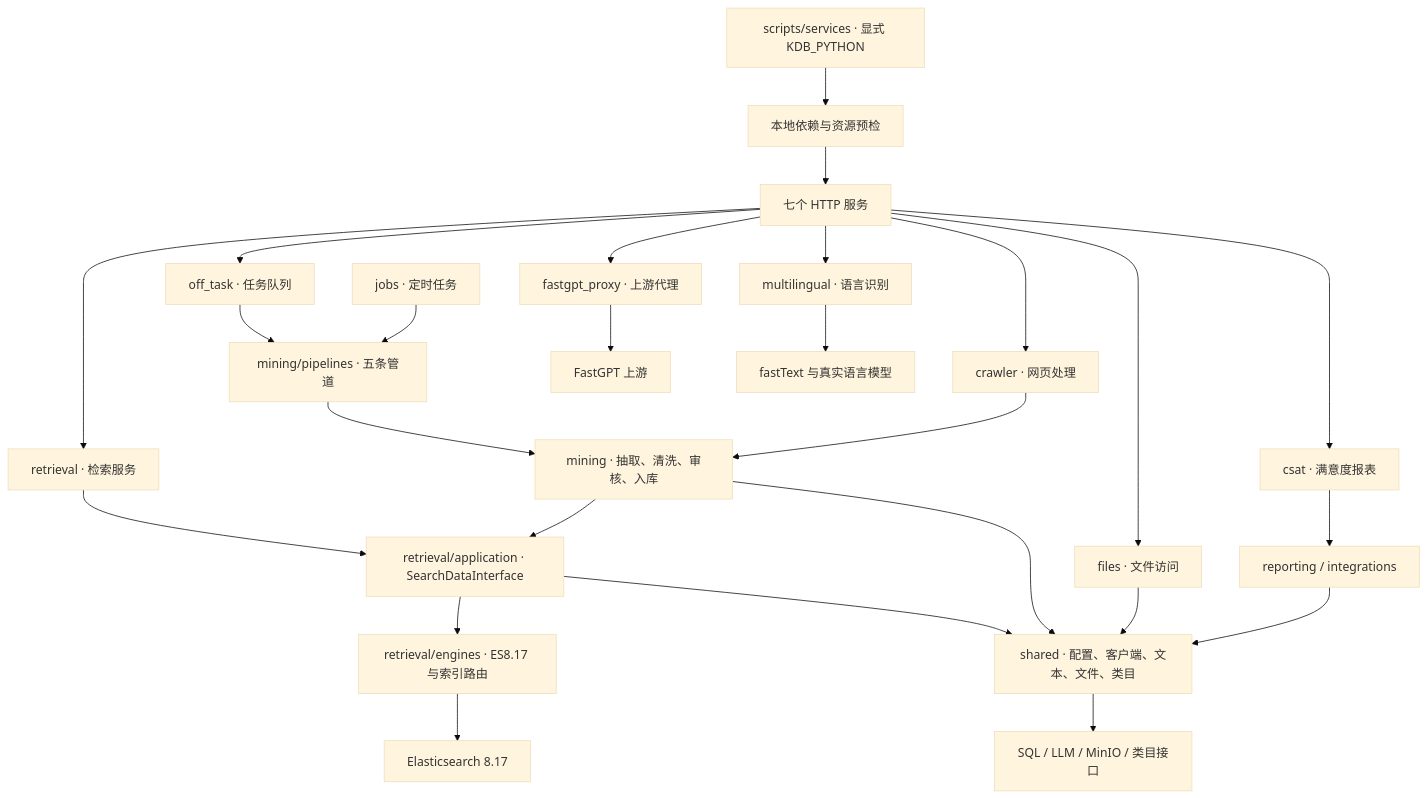
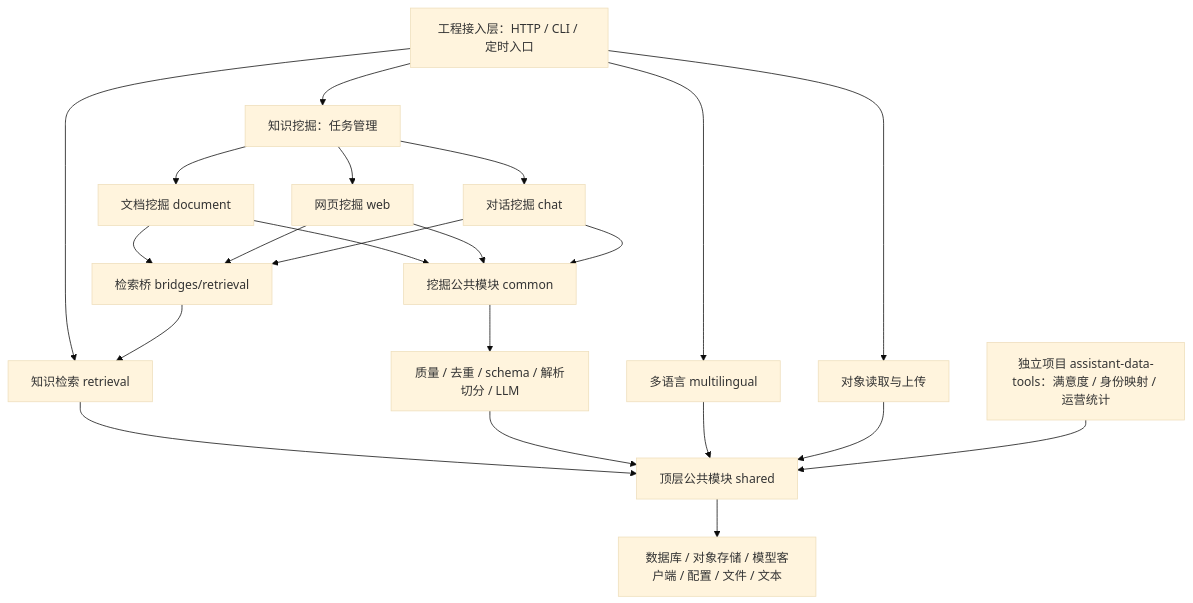
Before and after one commit to chenqishi/kdb-forge: the diagram in docs/Architecture_Overview_Diagram.md, drawn with Mermaid (base theme). The commit also changed other lines of this file and 1447 other files, not shown here.

````diff
--- a/docs/Architecture_Overview_Diagram.md
+++ b/docs/Architecture_Overview_Diagram.md
@@ -5,28 +5,25 @@
 ```mermaid
 flowchart TB
-  CLI[scripts/services · 显式 KDB_PYTHON] --> CHECK[本地依赖与资源预检]
-  CHECK --> S[七个 HTTP 服务]
-  S --> RET[retrieval · 检索服务]
-  S --> OFF[off_task · 任务队列]
-  S --> CRAWL[crawler · 网页处理]
-  S --> FILE[files · 文件访问]
-  S --> LANG[multilingual · 语言识别]
-  S --> CSAT[csat · 满意度报表]
-  S --> FAST[fastgpt_proxy · 上游代理]
-  OFF --> PIPE[mining/pipelines · 五条管道]
-  JOB[jobs · 定时任务] --> PIPE
-  PIPE --> STAGE[mining · 抽取、清洗、审核、入库]
-  RET --> APP[retrieval/application · SearchDataInterface]
-  STAGE --> APP
-  APP --> ENG[retrieval/engines · ES8.17 与索引路由]
-  APP --> SHARED[shared · 配置、客户端、文本、文件、类目]
-  STAGE --> SHARED
-  CRAWL --> STAGE
-  FILE --> SHARED
-  CSAT --> REPORT[reporting / integrations]
-  REPORT --> SHARED
-  FAST --> UP[FastGPT 上游]
-  LANG --> MODEL[fastText 与真实语言模型]
-  ENG --> ES[Elasticsearch 8.17]
-  SHARED --> EXT[SQL / LLM / MinIO / 类目接口]
+  ENTRY[工程接入层：HTTP / CLI / 定时入口]
+  ENTRY --> RET[知识检索 retrieval]
+  ENTRY --> TASK[知识挖掘：任务管理]
+  ENTRY --> LANG[多语言 multilingual]
+  ENTRY --> STORAGE[对象读取与上传]
+  TASK --> DOC[文档挖掘 document]
+  TASK --> WEB[网页挖掘 web]
+  TASK --> CHAT[对话挖掘 chat]
+  DOC --> COMMON[挖掘公共模块 common]
+  WEB --> COMMON
+  CHAT --> COMMON
+  DOC --> BRIDGE[检索桥 bridges/retrieval]
+  WEB --> BRIDGE
+  CHAT --> BRIDGE
+  BRIDGE --> RET
+  COMMON --> QUALITY[质量 / 去重 / schema / 解析切分 / LLM]
+  RET --> SHARED[顶层公共模块 shared]
+  QUALITY --> SHARED
+  LANG --> SHARED
+  STORAGE --> SHARED
+  SHARED --> INFRA[数据库 / 对象存储 / 模型客户端 / 配置 / 文件 / 文本]
+  AUX[独立项目 assistant-data-tools：满意度 / 身份映射 / 运营统计] --> SHARED
 ```
````
